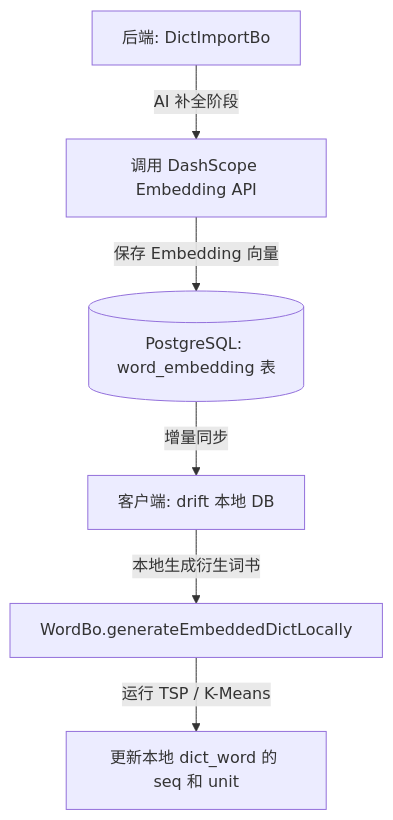
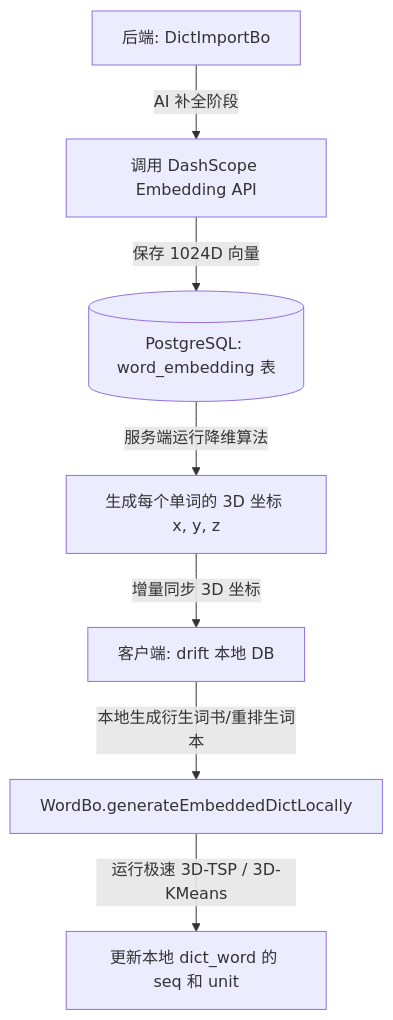
The diagram in design/word_embedding_sorting_plan.md (yubingma/nnbdc), drawn with Mermaid before and after one commit. The commit also changed other lines of this file, not shown here.

Commit message:
docs: update word embedding sorting plan with refined strategy

````diff
--- a/design/word_embedding_sorting_plan.md
+++ b/design/word_embedding_sorting_plan.md
@@ -68,8 +130,9 @@
 ```mermaid
 graph TD
     A[后端: DictImportBo] -->|AI 补全阶段| B[调用 DashScope Embedding API]
-    B -->|保存 Embedding 向量| C[(PostgreSQL: word_embedding 表)]
-    C -->|增量同步| D[客户端: drift 本地 DB]
-    D -->|本地生成衍生词书| E[WordBo.generateEmbeddedDictLocally]
-    E -->|运行 TSP / K-Means| F[更新本地 dict_word 的 seq 和 unit]
+    B -->|保存 1024D 向量| C[(PostgreSQL: word_embedding 表)]
+    C -->|服务端运行降维算法| H[生成每个单词的 3D 坐标 x, y, z]
+    H -->|增量同步 3D 坐标| D[客户端: drift 本地 DB]
+    D -->|本地生成衍生词书/重排生词本| E[WordBo.generateEmbeddedDictLocally]
+    E -->|运行极速 3D-TSP / 3D-KMeans| F[更新本地 dict_word 的 seq 和 unit]
 ```
````
